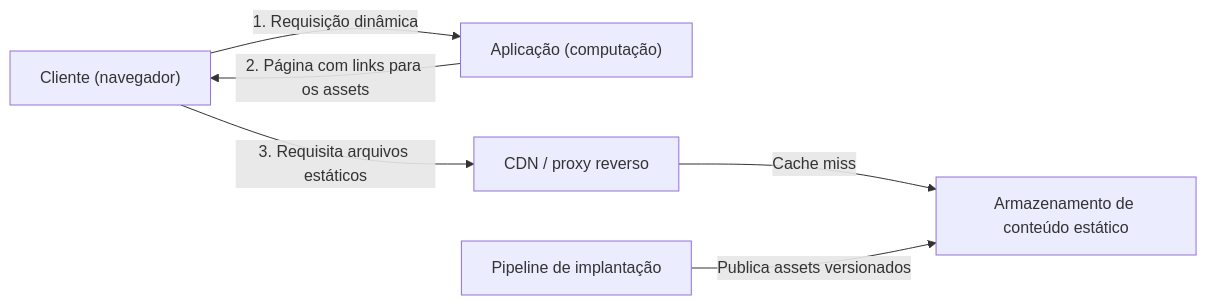
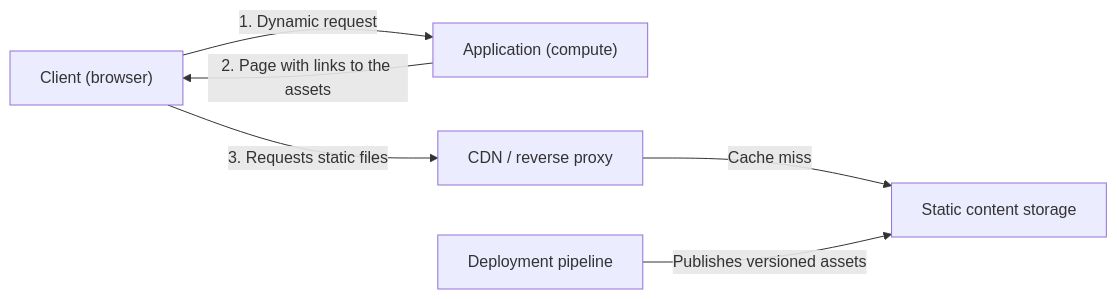
One commit to alancesar/design-patterns changed the diagram in docs/cloud/cloud-design-patterns/deployment-and-topology/static-content-hosting.md. Above: the diagram before and after it, drawn with Mermaid. The commit also changed 258 other files, not shown here.

First line of the commit message:
Translate Mermaid diagrams to English

````diff
--- a/docs/cloud/cloud-design-patterns/deployment-and-topology/static-content-hosting.md
+++ b/docs/cloud/cloud-design-patterns/deployment-and-topology/static-content-hosting.md
@@ -65,14 +65,14 @@
 ```mermaid
 flowchart LR
-    C["Cliente (navegador)"]
-    A["Aplicação (computação)"]
-    CDN["CDN / proxy reverso"]
-    S["Armazenamento de conteúdo estático"]
-    P["Pipeline de implantação"]
+    C["Client (browser)"]
+    A["Application (compute)"]
+    CDN["CDN / reverse proxy"]
+    S["Static content storage"]
+    P["Deployment pipeline"]
 
-    C -->|"1. Requisição dinâmica"| A
-    A -->|"2. Página com links para os assets"| C
-    C -->|"3. Requisita arquivos estáticos"| CDN
+    C -->|"1. Dynamic request"| A
+    A -->|"2. Page with links to the assets"| C
+    C -->|"3. Requests static files"| CDN
     CDN -->|"Cache miss"| S
-    P -->|"Publica assets versionados"| S
+    P -->|"Publishes versioned assets"| S
 ```
````
